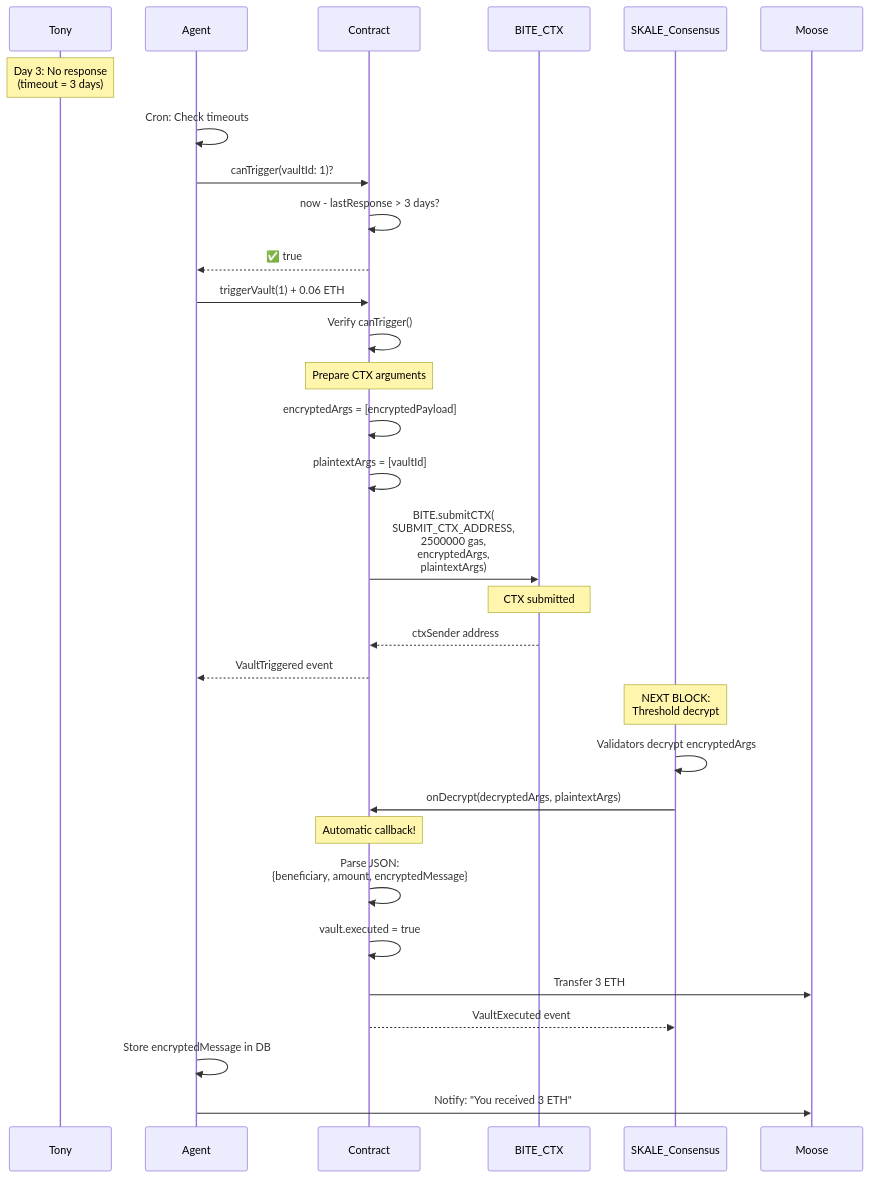
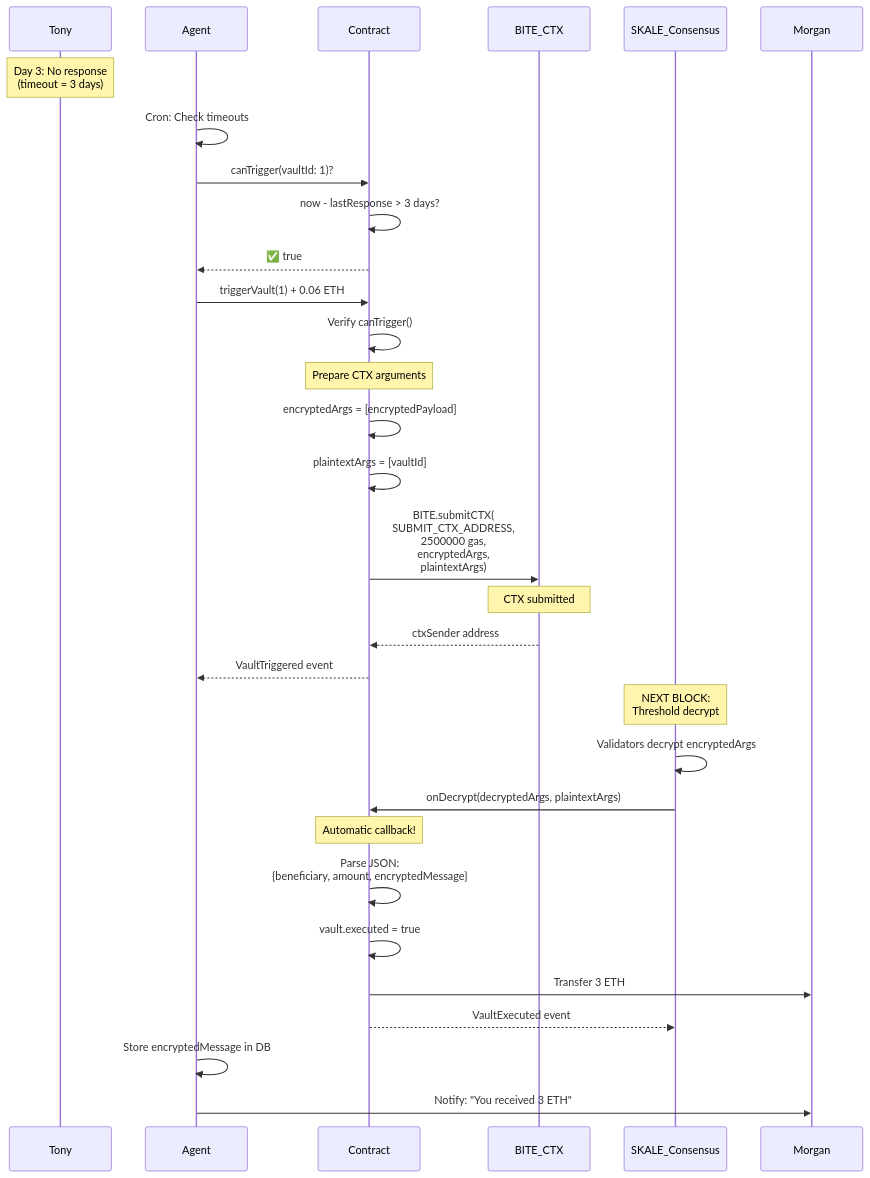
Before and after one commit to reliq-protocol/reliq: the fifth of 6 diagrams in docs/DESIGN.md, drawn with Mermaid. The commit also changed other lines of this file and 147 other files, not shown here.

````diff
--- a/docs/DESIGN.md
+++ b/docs/DESIGN.md
@@ -379,43 +379,43 @@
 ```mermaid
 sequenceDiagram
     participant Tony
     participant Agent
     participant Contract
     participant BITE_CTX
     participant SKALE_Consensus
-    participant Moose
+    participant Morgan
     
     Note over Tony: Day 3: No response<br/>(timeout = 3 days)
     
     Agent->>Agent: Cron: Check timeouts
     Agent->>Contract: canTrigger(vaultId: 1)?
     Contract->>Contract: now - lastResponse > 3 days?
     Contract-->>Agent: ✅ true
     
     Agent->>Contract: triggerVault(1) + 0.06 ETH
     Contract->>Contract: Verify canTrigger()
     
     Note over Contract: Prepare CTX arguments
     Contract->>Contract: encryptedArgs = [encryptedPayload]
     Contract->>Contract: plaintextArgs = [vaultId]
     
     Contract->>BITE_CTX: BITE.submitCTX(<br/>SUBMIT_CTX_ADDRESS,<br/>2500000 gas,<br/>encryptedArgs,<br/>plaintextArgs)
     
     Note over BITE_CTX: CTX submitted
     BITE_CTX-->>Contract: ctxSender address
     Contract-->>Agent: VaultTriggered event
     
     Note over SKALE_Consensus: NEXT BLOCK:<br/>Threshold decrypt
     
     SKALE_Consensus->>SKALE_Consensus: Validators decrypt encryptedArgs
     SKALE_Consensus->>Contract: onDecrypt(decryptedArgs, plaintextArgs)
     
     Note over Contract: Automatic callback!
     Contract->>Contract: Parse JSON:<br/>{beneficiary, amount, encryptedMessage}
     Contract->>Contract: vault.executed = true
-    Contract->>Moose: Transfer 3 ETH
+    Contract->>Morgan: Transfer 3 ETH
     Contract-->>SKALE_Consensus: VaultExecuted event
     
     Agent->>Agent: Store encryptedMessage in DB
-    Agent->>Moose: Notify: "You received 3 ETH"
+    Agent->>Morgan: Notify: "You received 3 ETH"
 ```
````
